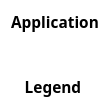
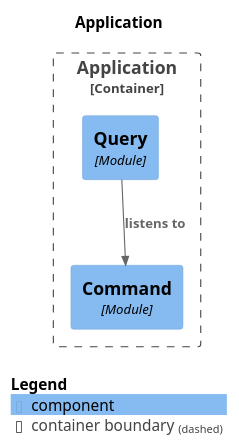
The diagram in generated-docs/uml/components.puml (odrotbohm/cqrs-spring-modulith), drawn with PlantUML before and after one commit. The commit also changed 1 other file, not shown here.

```diff
--- a/generated-docs/uml/components.puml
+++ b/generated-docs/uml/components.puml
@@ -1,12 +1,19 @@
 @startuml
 set separator none
 title Application
 
 top to bottom direction
 
 !include <C4/C4>
 !include <C4/C4_Context>
+!include <C4/C4_Component>
 
+Container_Boundary("Application.Application_boundary", "Application", $tags="") {
+  Component(Application.Application.Command, "Command", $techn="Module", $descr="", $tags="", $link="")
+  Component(Application.Application.Query, "Query", $techn="Module", $descr="", $tags="", $link="")
+}
+
+Rel(Application.Application.Query, Application.Application.Command, "listens to", $techn="", $tags="", $link="")
 
 SHOW_LEGEND(true)
 @enduml
```
